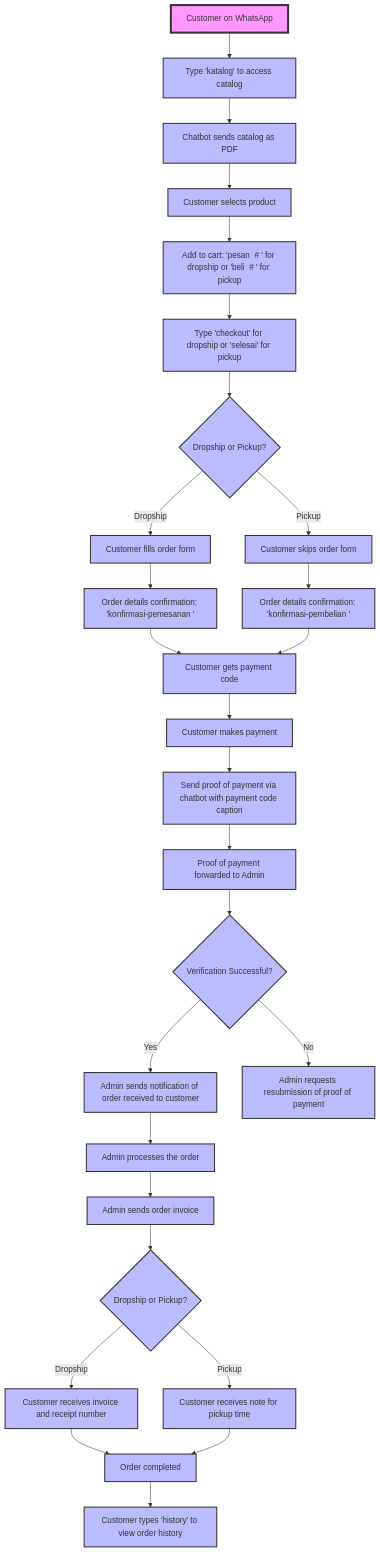
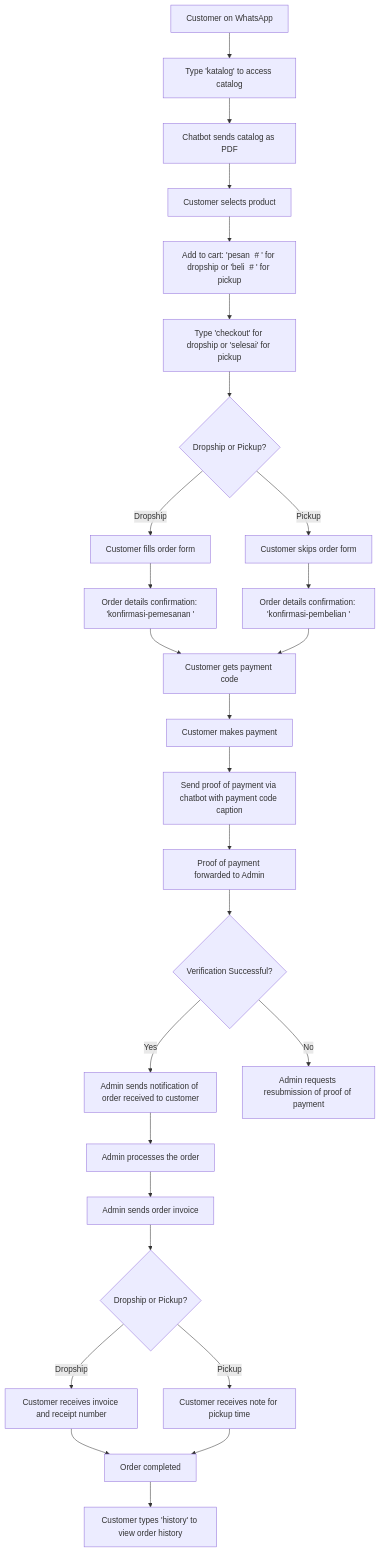
Before and after one commit to rizzzky78/hani-assistantXgemini: the diagram in README.md, drawn with Mermaid. The commit also changed 4 other files, not shown here.

````diff
--- a/README.md
+++ b/README.md
@@ -715,56 +715,29 @@
 ```mermaid
 graph TD
   A[Customer on WhatsApp] --> B[Type 'katalog' to access catalog]
   B --> C[Chatbot sends catalog as PDF]
   C --> D[Customer selects product]
   D --> E[Add to cart: 'pesan <product name> # <amount>' for dropship or 'beli <product name> # <amount>' for pickup]
   E --> F[Type 'checkout' for dropship or 'selesai' for pickup]
   F --> G{Dropship or Pickup?}
   G -->|Dropship| H[Customer fills order form]
   G -->|Pickup| I[Customer skips order form]
   H --> J[Order details confirmation: 'konfirmasi-pemesanan <order ID>']
   I --> K[Order details confirmation: 'konfirmasi-pembelian <order ID>']
   J --> L[Customer gets payment code]
   K --> L[Customer gets payment code]
   L --> M[Customer makes payment]
   M --> N[Send proof of payment via chatbot with payment code caption]
   N --> O[Proof of payment forwarded to Admin]
   O --> P{Verification Successful?}
   P -->|Yes| Q[Admin sends notification of order received to customer]
   P -->|No| R[Admin requests resubmission of proof of payment]
   Q --> S[Admin processes the order]
   S --> T[Admin sends order invoice]
   T --> U{Dropship or Pickup?}
   U -->|Dropship| V[Customer receives invoice and receipt number]
   U -->|Pickup| W[Customer receives note for pickup time]
   V --> X[Order completed]
   W --> X[Order completed]
   X --> Y[Customer types 'history' to view order history]
-
-  style A fill:#f9f,stroke:#333,stroke-width:4px
-  style B fill:#bbf,stroke:#333,stroke-width:2px
-  style C fill:#bbf,stroke:#333,stroke-width:2px
-  style D fill:#bbf,stroke:#333,stroke-width:2px
-  style E fill:#bbf,stroke:#333,stroke-width:2px
-  style F fill:#bbf,stroke:#333,stroke-width:2px
-  style G fill:#bbf,stroke:#333,stroke-width:2px
-  style H fill:#bbf,stroke:#333,stroke-width:2px
-  style I fill:#bbf,stroke:#333,stroke-width:2px
-  style J fill:#bbf,stroke:#333,stroke-width:2px
-  style K fill:#bbf,stroke:#333,stroke-width:2px
-  style L fill:#bbf,stroke:#333,stroke-width:2px
-  style M fill:#bbf,stroke:#333,stroke-width:2px
-  style N fill:#bbf,stroke:#333,stroke-width:2px
-  style O fill:#bbf,stroke:#333,stroke-width:2px
-  style P fill:#bbf,stroke:#333,stroke-width:2px
-  style Q fill:#bbf,stroke:#333,stroke-width:2px
-  style R fill:#bbf,stroke:#333,stroke-width:2px
-  style S fill:#bbf,stroke:#333,stroke-width:2px
-  style T fill:#bbf,stroke:#333,stroke-width:2px
-  style U fill:#bbf,stroke:#333,stroke-width:2px
-  style V fill:#bbf,stroke:#333,stroke-width:2px
-  style W fill:#bbf,stroke:#333,stroke-width:2px
-  style X fill:#bbf,stroke:#333,stroke-width:2px
-  style Y fill:#bbf,stroke:#333,stroke-width:2px
-
 ```
````
